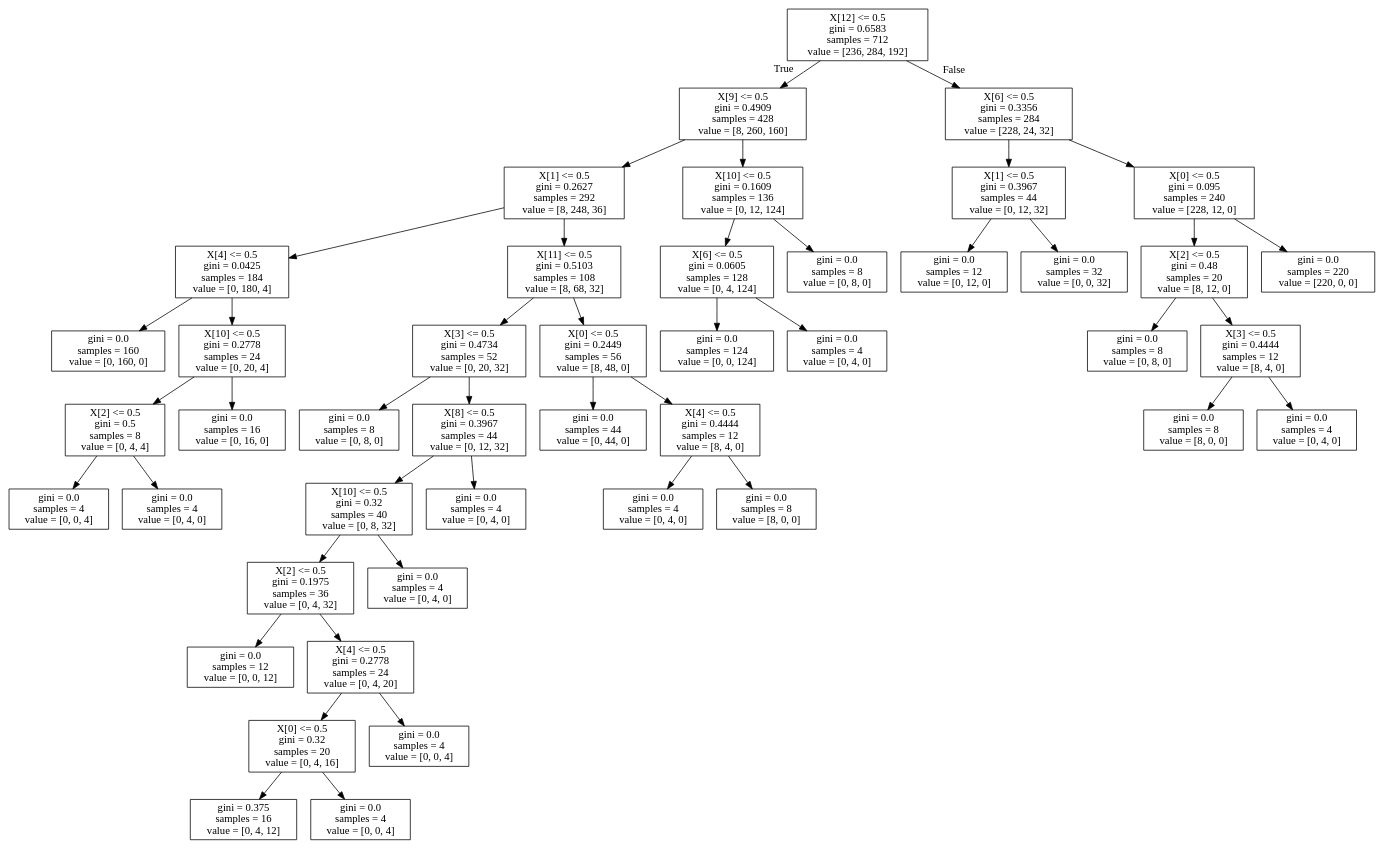
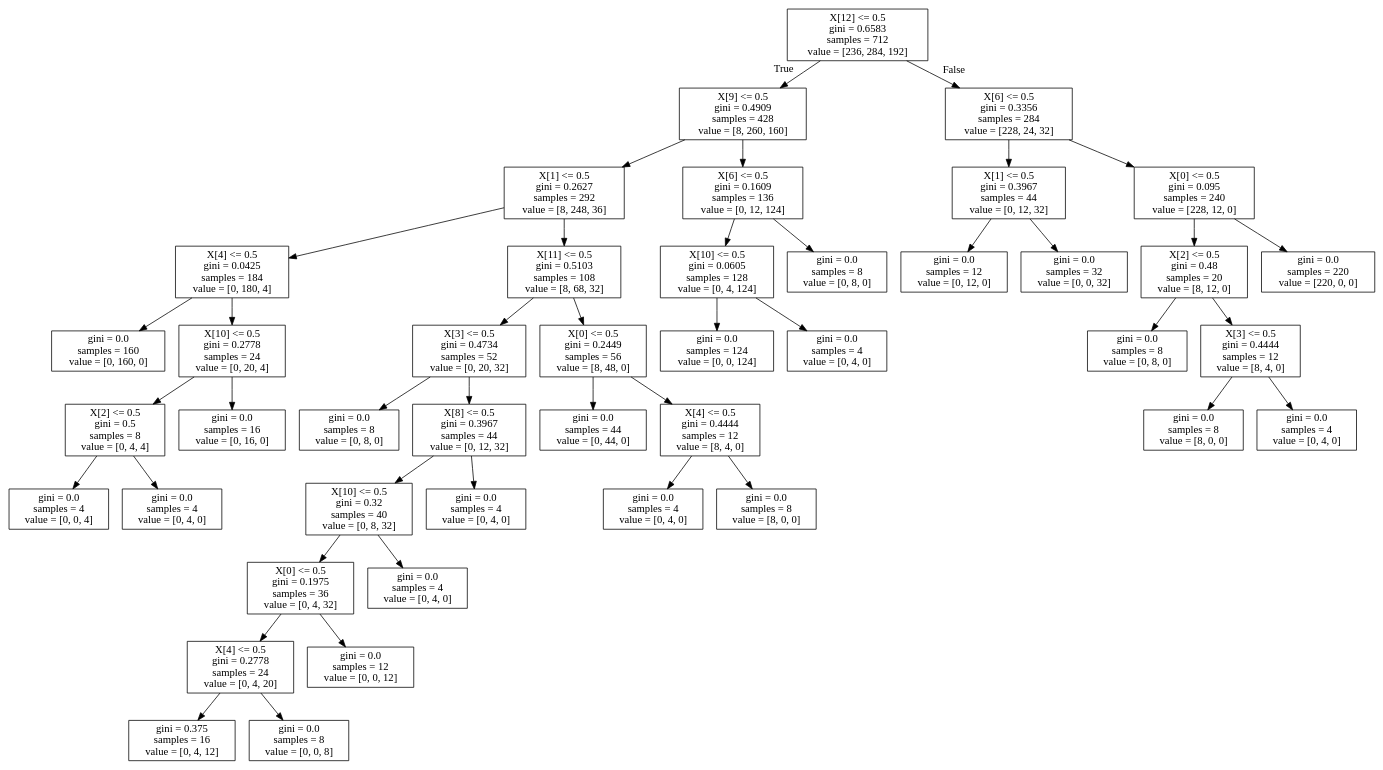
The diagram in AI3b.dot (charberg/AI3b), drawn with Graphviz before and after one commit. The commit also changed 1 other file, not shown here.

```diff
--- a/AI3b.dot
+++ b/AI3b.dot
@@ -1,92 +1,88 @@
 digraph Tree {
 node [shape=box] ;
 0 [label="X[12] <= 0.5\ngini = 0.6583\nsamples = 712\nvalue = [236, 284, 192]"] ;
 1 [label="X[9] <= 0.5\ngini = 0.4909\nsamples = 428\nvalue = [8, 260, 160]"] ;
 0 -> 1 [labeldistance=2.5, labelangle=45, headlabel="True"] ;
 2 [label="X[1] <= 0.5\ngini = 0.2627\nsamples = 292\nvalue = [8, 248, 36]"] ;
 1 -> 2 ;
 3 [label="X[4] <= 0.5\ngini = 0.0425\nsamples = 184\nvalue = [0, 180, 4]"] ;
 2 -> 3 ;
 4 [label="gini = 0.0\nsamples = 160\nvalue = [0, 160, 0]"] ;
 3 -> 4 ;
 5 [label="X[10] <= 0.5\ngini = 0.2778\nsamples = 24\nvalue = [0, 20, 4]"] ;
 3 -> 5 ;
 6 [label="X[2] <= 0.5\ngini = 0.5\nsamples = 8\nvalue = [0, 4, 4]"] ;
 5 -> 6 ;
 7 [label="gini = 0.0\nsamples = 4\nvalue = [0, 0, 4]"] ;
 6 -> 7 ;
 8 [label="gini = 0.0\nsamples = 4\nvalue = [0, 4, 0]"] ;
 6 -> 8 ;
 9 [label="gini = 0.0\nsamples = 16\nvalue = [0, 16, 0]"] ;
 5 -> 9 ;
 10 [label="X[11] <= 0.5\ngini = 0.5103\nsamples = 108\nvalue = [8, 68, 32]"] ;
 2 -> 10 ;
 11 [label="X[3] <= 0.5\ngini = 0.4734\nsamples = 52\nvalue = [0, 20, 32]"] ;
 10 -> 11 ;
 12 [label="gini = 0.0\nsamples = 8\nvalue = [0, 8, 0]"] ;
 11 -> 12 ;
 13 [label="X[8] <= 0.5\ngini = 0.3967\nsamples = 44\nvalue = [0, 12, 32]"] ;
 11 -> 13 ;
 14 [label="X[10] <= 0.5\ngini = 0.32\nsamples = 40\nvalue = [0, 8, 32]"] ;
 13 -> 14 ;
-15 [label="X[2] <= 0.5\ngini = 0.1975\nsamples = 36\nvalue = [0, 4, 32]"] ;
+15 [label="X[0] <= 0.5\ngini = 0.1975\nsamples = 36\nvalue = [0, 4, 32]"] ;
 14 -> 15 ;
-16 [label="gini = 0.0\nsamples = 12\nvalue = [0, 0, 12]"] ;
+16 [label="X[4] <= 0.5\ngini = 0.2778\nsamples = 24\nvalue = [0, 4, 20]"] ;
 15 -> 16 ;
-17 [label="X[4] <= 0.5\ngini = 0.2778\nsamples = 24\nvalue = [0, 4, 20]"] ;
-15 -> 17 ;
-18 [label="X[0] <= 0.5\ngini = 0.32\nsamples = 20\nvalue = [0, 4, 16]"] ;
-17 -> 18 ;
-19 [label="gini = 0.375\nsamples = 16\nvalue = [0, 4, 12]"] ;
-18 -> 19 ;
-20 [label="gini = 0.0\nsamples = 4\nvalue = [0, 0, 4]"] ;
-18 -> 20 ;
-21 [label="gini = 0.0\nsamples = 4\nvalue = [0, 0, 4]"] ;
-17 -> 21 ;
-22 [label="gini = 0.0\nsamples = 4\nvalue = [0, 4, 0]"] ;
-14 -> 22 ;
-23 [label="gini = 0.0\nsamples = 4\nvalue = [0, 4, 0]"] ;
-13 -> 23 ;
-24 [label="X[0] <= 0.5\ngini = 0.2449\nsamples = 56\nvalue = [8, 48, 0]"] ;
-10 -> 24 ;
-25 [label="gini = 0.0\nsamples = 44\nvalue = [0, 44, 0]"] ;
+17 [label="gini = 0.375\nsamples = 16\nvalue = [0, 4, 12]"] ;
+16 -> 17 ;
+18 [label="gini = 0.0\nsamples = 8\nvalue = [0, 0, 8]"] ;
+16 -> 18 ;
+19 [label="gini = 0.0\nsamples = 12\nvalue = [0, 0, 12]"] ;
+15 -> 19 ;
+20 [label="gini = 0.0\nsamples = 4\nvalue = [0, 4, 0]"] ;
+14 -> 20 ;
+21 [label="gini = 0.0\nsamples = 4\nvalue = [0, 4, 0]"] ;
+13 -> 21 ;
+22 [label="X[0] <= 0.5\ngini = 0.2449\nsamples = 56\nvalue = [8, 48, 0]"] ;
+10 -> 22 ;
+23 [label="gini = 0.0\nsamples = 44\nvalue = [0, 44, 0]"] ;
+22 -> 23 ;
+24 [label="X[4] <= 0.5\ngini = 0.4444\nsamples = 12\nvalue = [8, 4, 0]"] ;
+22 -> 24 ;
+25 [label="gini = 0.0\nsamples = 4\nvalue = [0, 4, 0]"] ;
 24 -> 25 ;
-26 [label="X[4] <= 0.5\ngini = 0.4444\nsamples = 12\nvalue = [8, 4, 0]"] ;
+26 [label="gini = 0.0\nsamples = 8\nvalue = [8, 0, 0]"] ;
 24 -> 26 ;
-27 [label="gini = 0.0\nsamples = 4\nvalue = [0, 4, 0]"] ;
-26 -> 27 ;
-28 [label="gini = 0.0\nsamples = 8\nvalue = [8, 0, 0]"] ;
-26 -> 28 ;
-29 [label="X[10] <= 0.5\ngini = 0.1609\nsamples = 136\nvalue = [0, 12, 124]"] ;
-1 -> 29 ;
-30 [label="X[6] <= 0.5\ngini = 0.0605\nsamples = 128\nvalue = [0, 4, 124]"] ;
-29 -> 30 ;
-31 [label="gini = 0.0\nsamples = 124\nvalue = [0, 0, 124]"] ;
-30 -> 31 ;
-32 [label="gini = 0.0\nsamples = 4\nvalue = [0, 4, 0]"] ;
-30 -> 32 ;
-33 [label="gini = 0.0\nsamples = 8\nvalue = [0, 8, 0]"] ;
-29 -> 33 ;
-34 [label="X[6] <= 0.5\ngini = 0.3356\nsamples = 284\nvalue = [228, 24, 32]"] ;
-0 -> 34 [labeldistance=2.5, labelangle=-45, headlabel="False"] ;
-35 [label="X[1] <= 0.5\ngini = 0.3967\nsamples = 44\nvalue = [0, 12, 32]"] ;
-34 -> 35 ;
-36 [label="gini = 0.0\nsamples = 12\nvalue = [0, 12, 0]"] ;
-35 -> 36 ;
-37 [label="gini = 0.0\nsamples = 32\nvalue = [0, 0, 32]"] ;
-35 -> 37 ;
-38 [label="X[0] <= 0.5\ngini = 0.095\nsamples = 240\nvalue = [228, 12, 0]"] ;
-34 -> 38 ;
-39 [label="X[2] <= 0.5\ngini = 0.48\nsamples = 20\nvalue = [8, 12, 0]"] ;
-38 -> 39 ;
-40 [label="gini = 0.0\nsamples = 8\nvalue = [0, 8, 0]"] ;
+27 [label="X[6] <= 0.5\ngini = 0.1609\nsamples = 136\nvalue = [0, 12, 124]"] ;
+1 -> 27 ;
+28 [label="X[10] <= 0.5\ngini = 0.0605\nsamples = 128\nvalue = [0, 4, 124]"] ;
+27 -> 28 ;
+29 [label="gini = 0.0\nsamples = 124\nvalue = [0, 0, 124]"] ;
+28 -> 29 ;
+30 [label="gini = 0.0\nsamples = 4\nvalue = [0, 4, 0]"] ;
+28 -> 30 ;
+31 [label="gini = 0.0\nsamples = 8\nvalue = [0, 8, 0]"] ;
+27 -> 31 ;
+32 [label="X[6] <= 0.5\ngini = 0.3356\nsamples = 284\nvalue = [228, 24, 32]"] ;
+0 -> 32 [labeldistance=2.5, labelangle=-45, headlabel="False"] ;
+33 [label="X[1] <= 0.5\ngini = 0.3967\nsamples = 44\nvalue = [0, 12, 32]"] ;
+32 -> 33 ;
+34 [label="gini = 0.0\nsamples = 12\nvalue = [0, 12, 0]"] ;
+33 -> 34 ;
+35 [label="gini = 0.0\nsamples = 32\nvalue = [0, 0, 32]"] ;
+33 -> 35 ;
+36 [label="X[0] <= 0.5\ngini = 0.095\nsamples = 240\nvalue = [228, 12, 0]"] ;
+32 -> 36 ;
+37 [label="X[2] <= 0.5\ngini = 0.48\nsamples = 20\nvalue = [8, 12, 0]"] ;
+36 -> 37 ;
+38 [label="gini = 0.0\nsamples = 8\nvalue = [0, 8, 0]"] ;
+37 -> 38 ;
+39 [label="X[3] <= 0.5\ngini = 0.4444\nsamples = 12\nvalue = [8, 4, 0]"] ;
+37 -> 39 ;
+40 [label="gini = 0.0\nsamples = 8\nvalue = [8, 0, 0]"] ;
 39 -> 40 ;
-41 [label="X[3] <= 0.5\ngini = 0.4444\nsamples = 12\nvalue = [8, 4, 0]"] ;
+41 [label="gini = 0.0\nsamples = 4\nvalue = [0, 4, 0]"] ;
 39 -> 41 ;
-42 [label="gini = 0.0\nsamples = 8\nvalue = [8, 0, 0]"] ;
-41 -> 42 ;
-43 [label="gini = 0.0\nsamples = 4\nvalue = [0, 4, 0]"] ;
-41 -> 43 ;
-44 [label="gini = 0.0\nsamples = 220\nvalue = [220, 0, 0]"] ;
-38 -> 44 ;
+42 [label="gini = 0.0\nsamples = 220\nvalue = [220, 0, 0]"] ;
+36 -> 42 ;
 }
```
